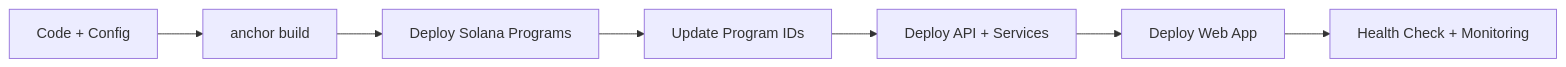
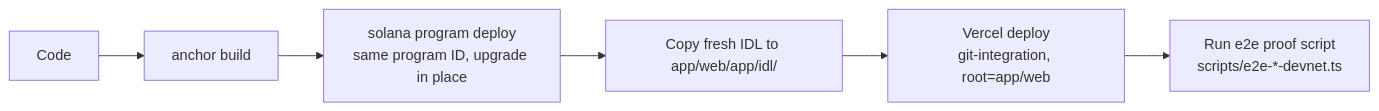
One commit to KezzyNgotho/noviscia-protocol changed the fourth of 4 diagrams in docs/SYSTEM_DIAGRAMS.md. Above: the diagram before and after it, drawn with Mermaid. The commit also changed other lines of this file and 16 other files, not shown here.

````diff
--- a/docs/SYSTEM_DIAGRAMS.md
+++ b/docs/SYSTEM_DIAGRAMS.md
@@ -83,9 +64,8 @@
 ```mermaid
 flowchart LR
-  K[Code + Config] --> B1[anchor build]
-  B1 --> B2[Deploy Solana Programs]
-  B2 --> B3[Update Program IDs]
-  B3 --> B4[Deploy API + Services]
-  B4 --> B5[Deploy Web App]
-  B5 --> B6[Health Check + Monitoring]
+  K[Code] --> B1[anchor build]
+  B1 --> B2[solana program deploy\nsame program ID, upgrade in place]
+  B2 --> B3[Copy fresh IDL to app/web/app/idl/]
+  B3 --> B4[Vercel deploy\ngit-integration, root=app/web]
+  B4 --> B5[Run e2e proof script\nscripts/e2e-*-devnet.ts]
 ```
````
